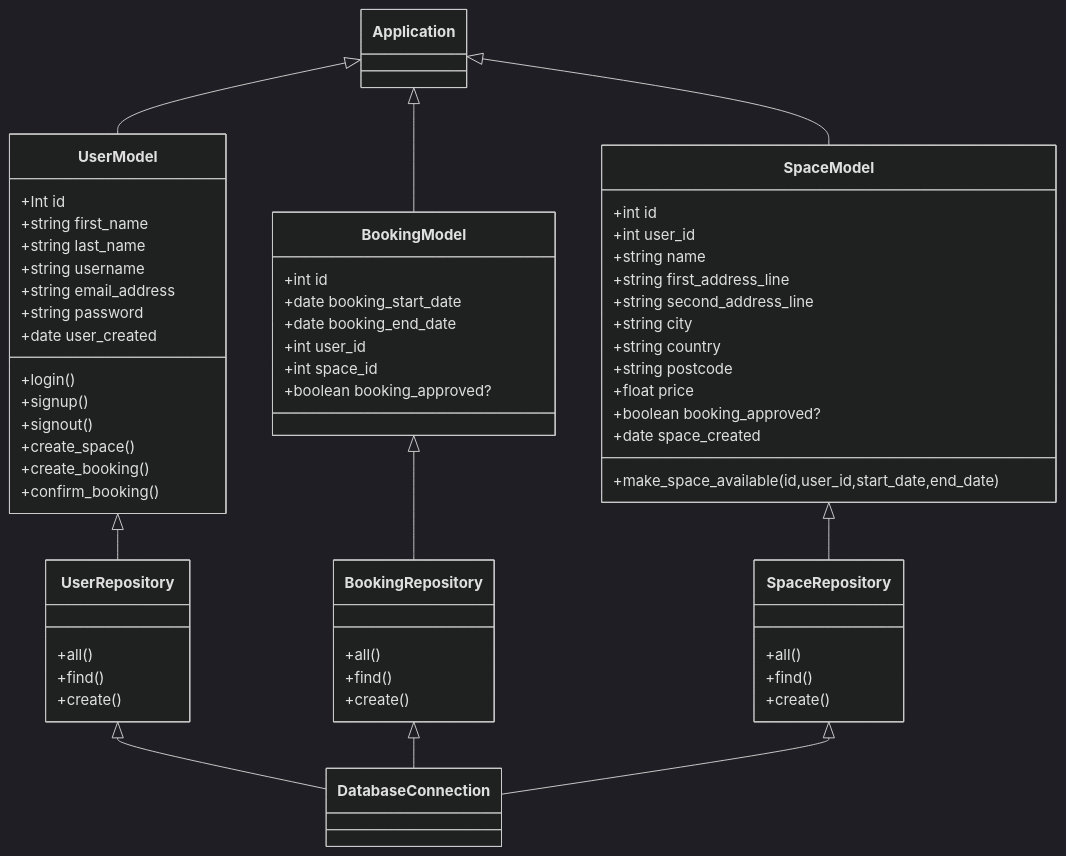
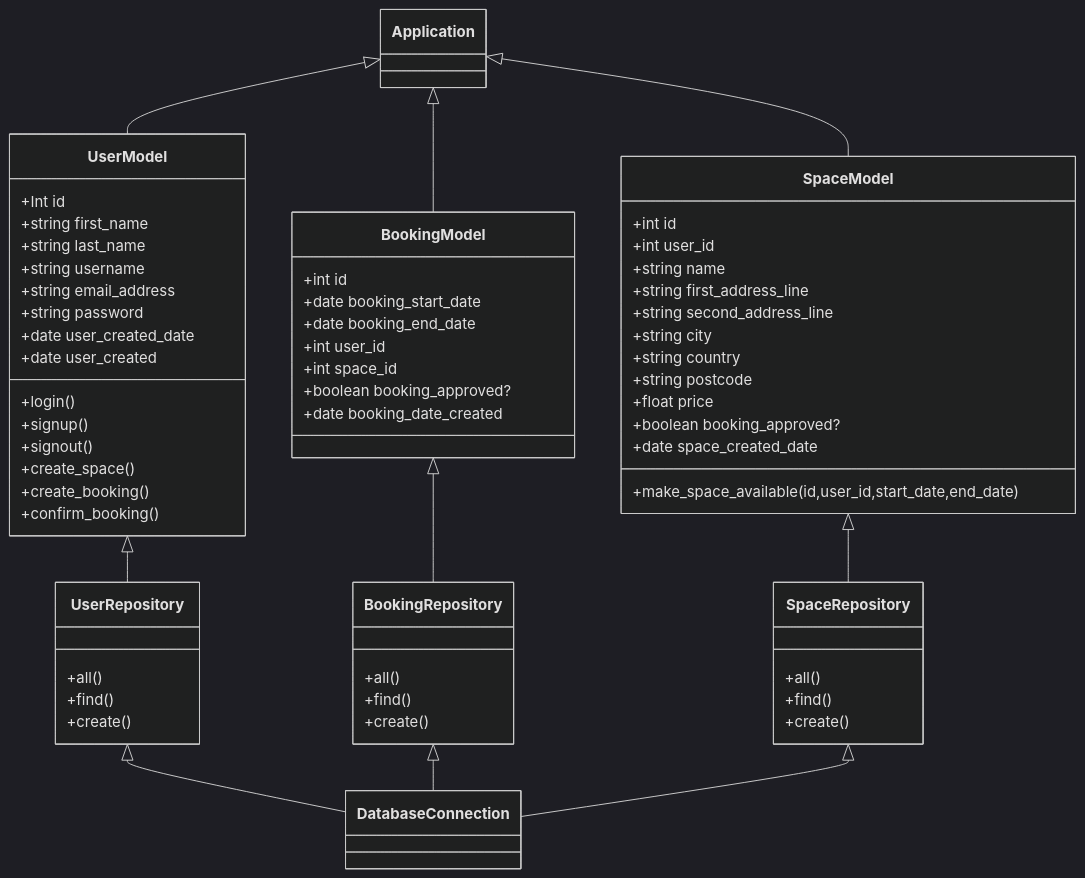
Before and after one commit to SyntheticDBX/MakersBNB: the diagram in diagrams.md, drawn with Mermaid (dark theme).

````diff
--- a/diagrams.md
+++ b/diagrams.md
@@ -49,6 +49,7 @@
     +string username
     +string email_address
     +string password
+    +date user_created_date
 
     +date user_created
     +login()
@@ -69,7 +70,7 @@
     +string postcode
     +float price
     +boolean booking_approved?
-    +date space_created
+    +date space_created_date
     +make_space_available(id,user_id,start_date,end_date)
 
   }
@@ -81,5 +82,6 @@
     +int user_id 
     +int space_id
     +boolean booking_approved?
+    +date booking_date_created
   }
 ```
````
